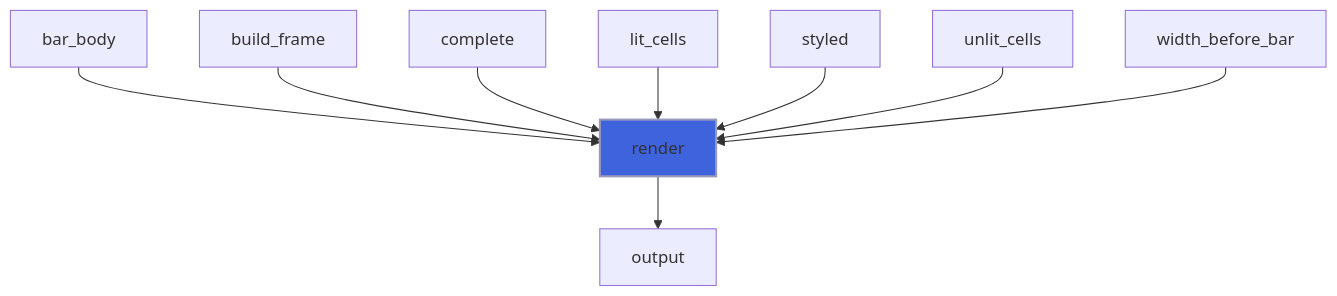
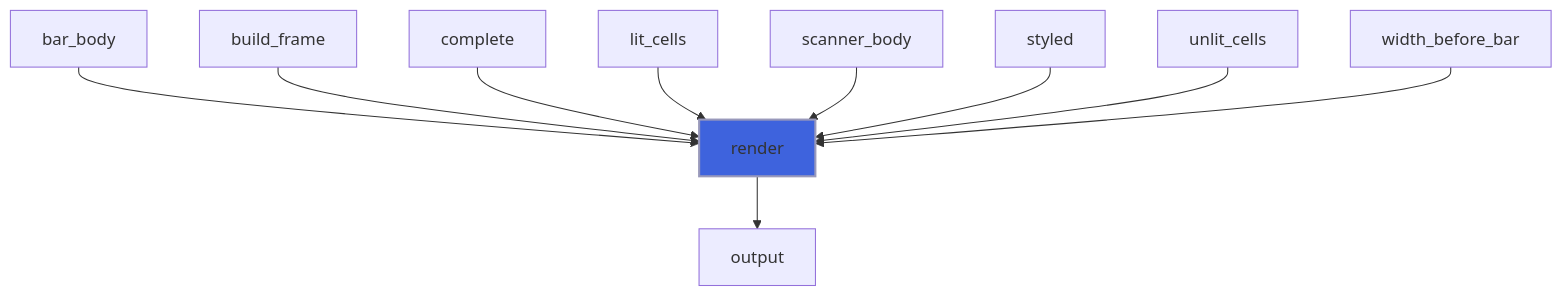
One commit to szaghi/forbear changed diagram 44 of 44 in docs/api/src/lib/forbear_bar_object.md. Above: the diagram before and after it, drawn with Mermaid. The commit also changed other lines of this file and 18 other files, not shown here.

````diff
--- a/docs/api/src/lib/forbear_bar_object.md
+++ b/docs/api/src/lib/forbear_bar_object.md
@@ -1332,12 +1424,13 @@
 ```mermaid
 flowchart TD
   bar_body["bar_body"] --> render["render"]
   build_frame["build_frame"] --> render["render"]
   complete["complete"] --> render["render"]
   lit_cells["lit_cells"] --> render["render"]
+  scanner_body["scanner_body"] --> render["render"]
   styled["styled"] --> render["render"]
   unlit_cells["unlit_cells"] --> render["render"]
   width_before_bar["width_before_bar"] --> render["render"]
   render["render"] --> output["output"]
   style render fill:#3e63dd,stroke:#99b,stroke-width:2px
 ```
````
